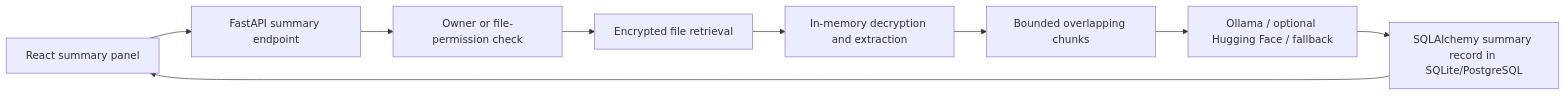
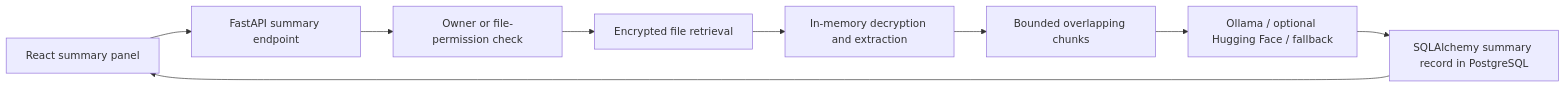
The diagram in project-root/README.md (springboardmentor182c-t/secure-file-sharing-07-26), drawn with Mermaid before and after one commit. The commit also changed other lines of this file and 15 other files, not shown here.

Commit message:
fix: integrate PostgreSQL and audit UI parity

````diff
--- a/project-root/README.md
+++ b/project-root/README.md
@@ -26,11 +38,11 @@
 ```mermaid
 flowchart LR
   React[React summary panel] --> API[FastAPI summary endpoint]
   API --> Permission[Owner or file-permission check]
   Permission --> Storage[Encrypted file retrieval]
   Storage --> Memory[In-memory decryption and extraction]
   Memory --> Chunks[Bounded overlapping chunks]
   Chunks --> Provider[Ollama / optional Hugging Face / fallback]
-  Provider --> Database[SQLAlchemy summary record in SQLite/PostgreSQL]
+  Provider --> Database[SQLAlchemy summary record in PostgreSQL]
   Database --> React
 ```
````
